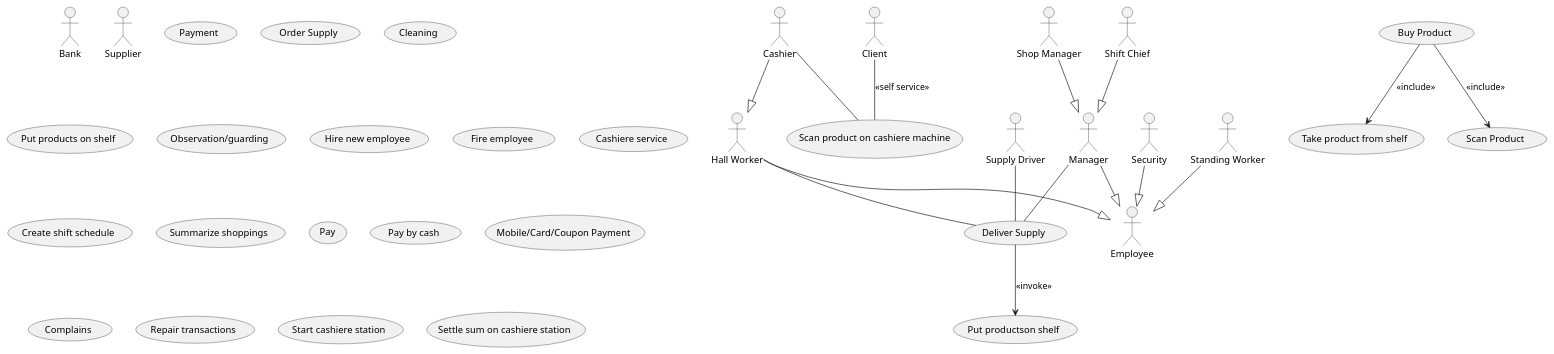
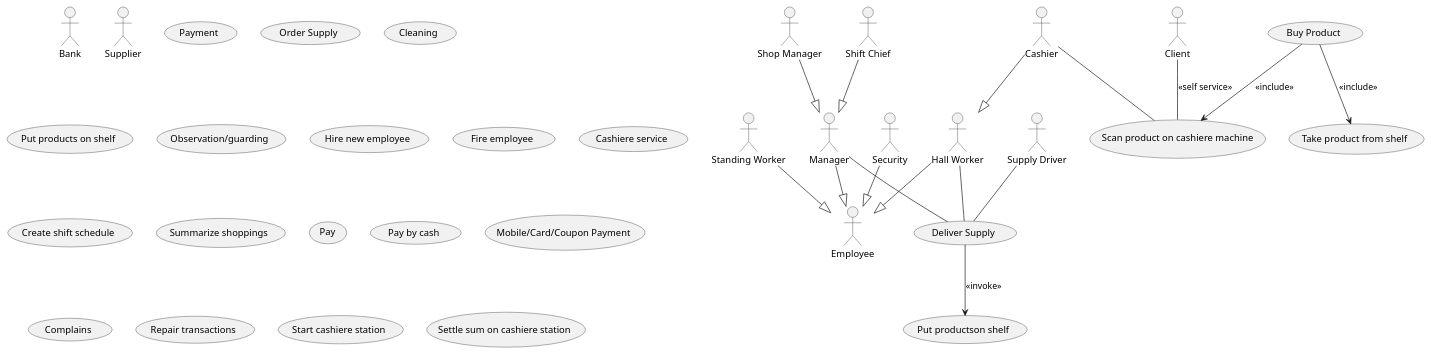
One commit to kpodlaski/ModelowanieUML_2022 changed the diagram in GR2/z2.usecase_biedronka.plantuml. Above: the diagram before and after it, drawn with PlantUML.

Commit message:
small change 2

```diff
--- a/GR2/z2.usecase_biedronka.plantuml
+++ b/GR2/z2.usecase_biedronka.plantuml
@@ -1,67 +1,67 @@
 @startuml
 
 actor Employee
 actor Manager
 actor Cashier
 
 actor "Shop Manager"
 actor "Security"
 
 actor "Standing Worker"
 actor "Hall Worker"
 actor "Shift Chief"
 
 actor Bank 
 
 actor "Supply Driver"
 actor Supplier
 
 actor Client 
 
 Manager --|> Employee
 (Shift Chief) --|> Manager
 Cashier --|> (Hall Worker)
 (Hall Worker) --|> Employee
 (Standing Worker) --|> Employee
 Security --|> Employee
 (Shop Manager) --|> Manager
 
 usecase "Payment"
 usecase "Buy Product"
 usecase "Order Supply"
 usecase "Deliver Supply"
 usecase "Cleaning"
 usecase "Put products on shelf"
 usecase "Observation/guarding"
 usecase "Hire new employee"
 usecase "Fire employee"
 usecase "Cashiere service"
 usecase "Create shift schedule"
 
 usecase "Take product from shelf"
 
 usecase "Scan product on cashiere machine"
 usecase "Summarize shoppings"
 usecase "Pay"
 usecase "Pay by cash"
 usecase "Mobile/Card/Coupon Payment"
 
 usecase "Complains"
 usecase "Repair transactions"
 
 usecase "Start cashiere station"
 usecase "Settle sum on cashiere station"
 
 (Deliver Supply) --> (Put productson shelf)  : <<invoke>>
 
 (Supply Driver) -- (Deliver Supply)
 (Manager) -- (Deliver Supply)
 (Hall Worker) -- (Deliver Supply)
 
 Client -- (Scan product on cashiere machine) : <<self service>>
 Cashier -- (Scan product on cashiere machine) 
 
-(Buy Product) --> (Scan Product) : <<include>>
+(Buy Product) --> (Scan product on cashiere machine) : <<include>>
 (Buy Product) --> (Take product from shelf) : <<include>>
 
 @enduml
```
